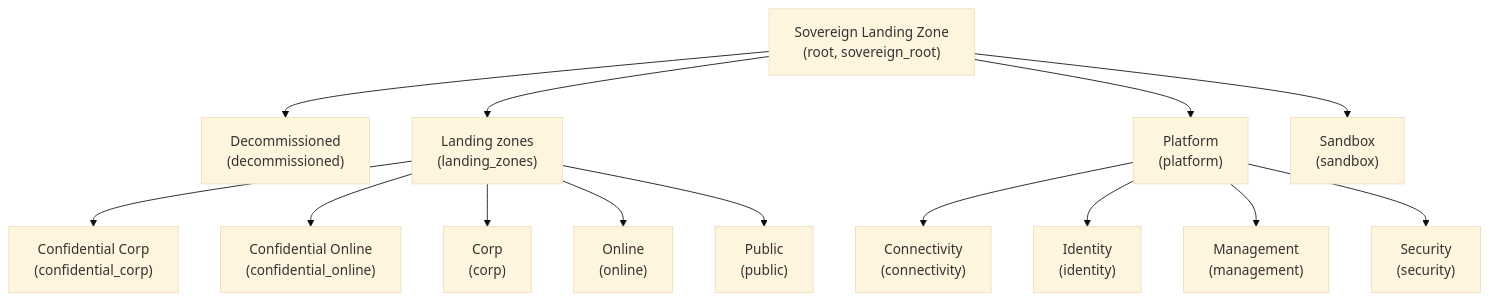
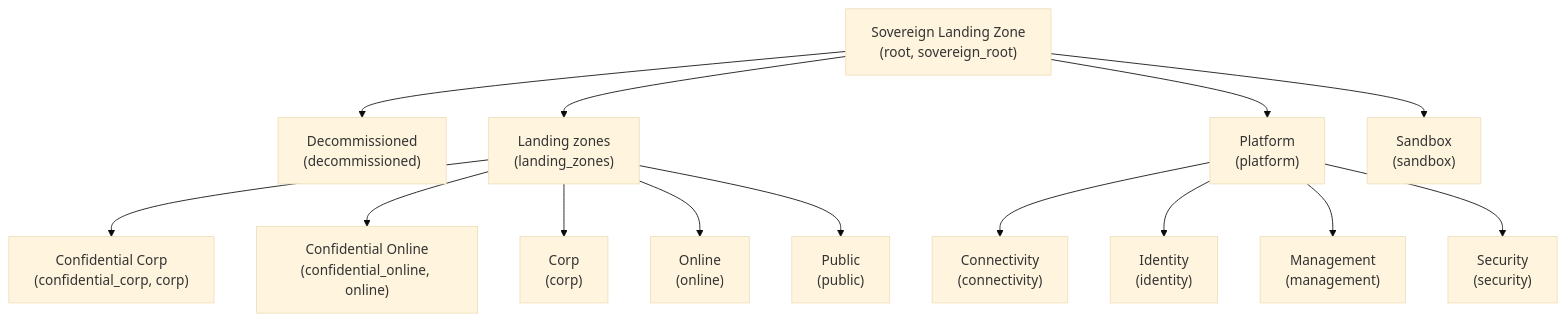
The second of 2 diagrams in platform/slz/README.md (Azure/Azure-Landing-Zones-Library), drawn with Mermaid (base theme) before and after one commit. The commit also changed other lines of this file and 3 other files, not shown here.

````diff
--- a/platform/slz/README.md
+++ b/platform/slz/README.md
@@ -73,45 +73,45 @@
 ```mermaid
 flowchart TD
   slz["Sovereign Landing Zone
 (root, sovereign_root)"]
   slz --> decommissioned
   decommissioned["Decommissioned
 (decommissioned)"]
   slz --> landingzones
   landingzones["Landing zones
 (landing_zones)"]
   landingzones --> confidential_corp
   confidential_corp["Confidential Corp
-(confidential_corp)"]
+(confidential_corp, corp)"]
   landingzones --> confidential_online
   confidential_online["Confidential Online
-(confidential_online)"]
+(confidential_online, online)"]
   landingzones --> corp
   corp["Corp
 (corp)"]
   landingzones --> online
   online["Online
 (online)"]
   landingzones --> public
   public["Public
 (public)"]
   slz --> platform
   platform["Platform
 (platform)"]
   platform --> connectivity
   connectivity["Connectivity
 (connectivity)"]
   platform --> identity
   identity["Identity
 (identity)"]
   platform --> management
   management["Management
 (management)"]
   platform --> security
   security["Security
 (security)"]
   slz --> sandbox
   sandbox["Sandbox
 (sandbox)"]
 
 ```
````
